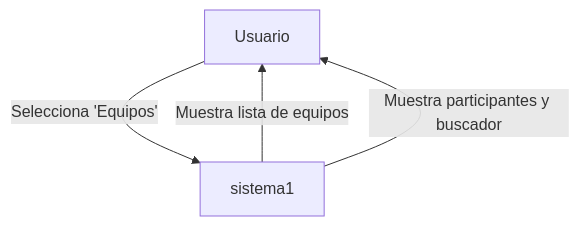
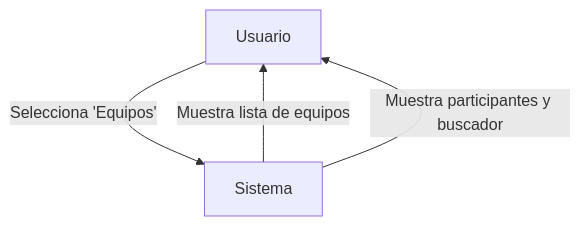
The eighth of 12 diagrams in README.md (UPT-FAING-EPIS/proyecto-si8811a-2024-ii-u2-documentacion-lizarraga_arenas), drawn with Mermaid before and after one commit. The commit also changed other lines of this file, not shown here.

````diff
--- a/README.md
+++ b/README.md
@@ -216,6 +216,6 @@
 ```mermaid
 flowchart TD
-    actor1[Usuario] -->|Selecciona 'Equipos'| sistema1
+    actor1[Usuario] -->|Selecciona 'Equipos'| sistema1[Sistema]
     sistema1 -->|Muestra lista de equipos| actor1
     sistema1 -->|Muestra participantes y buscador| actor1
 ```
````
